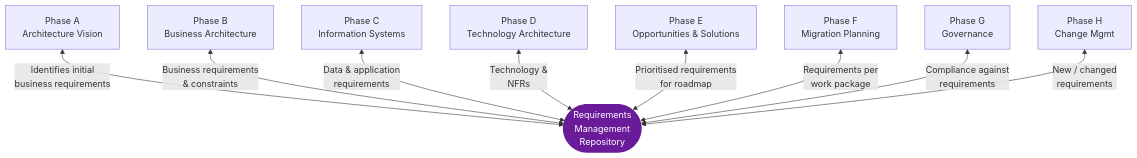
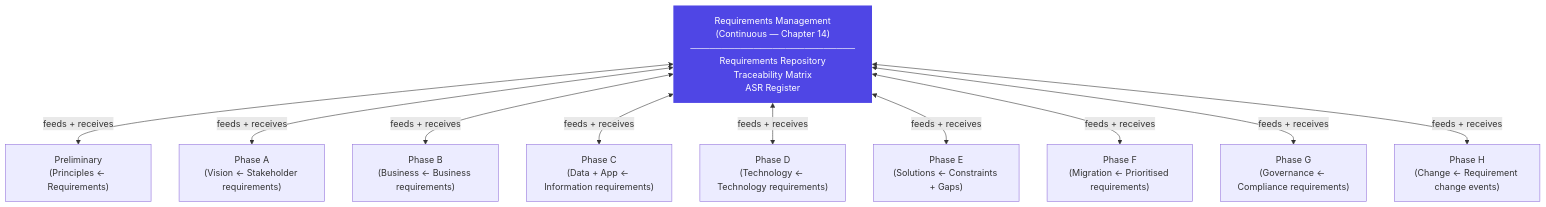
Before and after one commit to Yuvarajsfcloud/Knowledge-Library: the first of 2 diagrams in docs/knowledge/adm/requirements-management.md, drawn with Mermaid. The commit also changed other lines of this file and 6 other files, not shown here.

````diff
--- a/docs/knowledge/adm/requirements-management.md
+++ b/docs/knowledge/adm/requirements-management.md
@@ -20,15 +29,26 @@
 ``` mermaid
 flowchart TD
-    RM(["Requirements\nManagement\nRepository"])
+    RM["Requirements Management\n(Continuous — Chapter 14)\n──────────────────────────\nRequirements Repository\nTraceability Matrix\nASR Register"]
 
-    A["Phase A\nArchitecture Vision"] <-->|"Identifies initial\nbusiness requirements"| RM
-    B["Phase B\nBusiness Architecture"] <-->|"Business requirements\n& constraints"| RM
-    C["Phase C\nInformation Systems"] <-->|"Data & application\nrequirements"| RM
-    D["Phase D\nTechnology Architecture"] <-->|"Technology &\nNFRs"| RM
-    E["Phase E\nOpportunities & Solutions"] <-->|"Prioritised requirements\nfor roadmap"| RM
-    F["Phase F\nMigration Planning"] <-->|"Requirements per\nwork package"| RM
-    G["Phase G\nGovernance"] <-->|"Compliance against\nrequirements"| RM
-    H["Phase H\nChange Mgmt"] <-->|"New / changed\nrequirements"| RM
+    Prelim["Preliminary\n(Principles ← Requirements)"]
+    A["Phase A\n(Vision ← Stakeholder requirements)"]
+    B["Phase B\n(Business ← Business requirements)"]
+    C["Phase C\n(Data + App ← Information requirements)"]
+    D["Phase D\n(Technology ← Technology requirements)"]
+    E["Phase E\n(Solutions ← Constraints + Gaps)"]
+    F["Phase F\n(Migration ← Prioritised requirements)"]
+    G["Phase G\n(Governance ← Compliance requirements)"]
+    H["Phase H\n(Change ← Requirement change events)"]
 
-    style RM fill:#6a1b9a,color:#fff,stroke:none
+    RM <-->|"feeds + receives"| Prelim
+    RM <-->|"feeds + receives"| A
+    RM <-->|"feeds + receives"| B
+    RM <-->|"feeds + receives"| C
+    RM <-->|"feeds + receives"| D
+    RM <-->|"feeds + receives"| E
+    RM <-->|"feeds + receives"| F
+    RM <-->|"feeds + receives"| G
+    RM <-->|"feeds + receives"| H
+
+    style RM fill:#4F46E5,color:#fff,stroke:none
 ```
````
